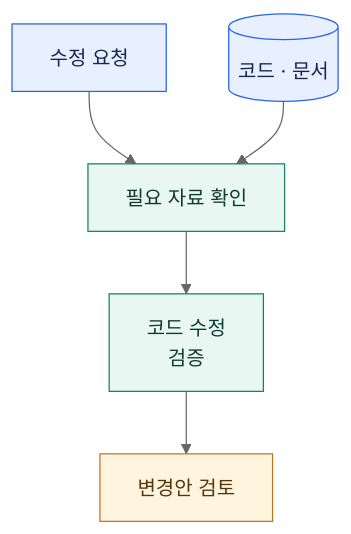
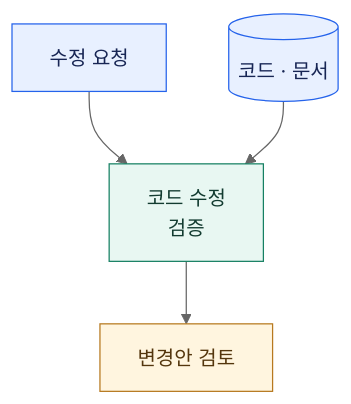
One commit to SJayKim/SJayKim changed the first of 9 diagrams in README.md. Above: the diagram before and after it, drawn with Mermaid (neutral theme). The commit also changed other lines of this file, not shown here.

Commit message:
docs: balance all project summaries and diagrams

````diff
--- a/README.md
+++ b/README.md
@@ -31,14 +34,13 @@
 ```mermaid
 flowchart TB
-    REQUEST["수정 요청"] --> CONTEXT["필요 자료 확인"]
-    DOCS[("코드 · 문서")] --> CONTEXT
-    CONTEXT --> WORK["코드 수정<br/>검증"]
+    REQUEST["수정 요청"] --> WORK["코드 수정<br/>검증"]
+    DOCS[("코드 · 문서")] --> WORK
     WORK --> REVIEW["변경안 검토"]
 
     classDef input fill:#e8f0ff,stroke:#2563eb,color:#172554
     classDef work fill:#e8f7f2,stroke:#168063,color:#123b30
     classDef result fill:#fff5df,stroke:#b7791f,color:#54360d
     class REQUEST,DOCS input
-    class CONTEXT,WORK work
+    class WORK work
     class REVIEW result
 ```
````
